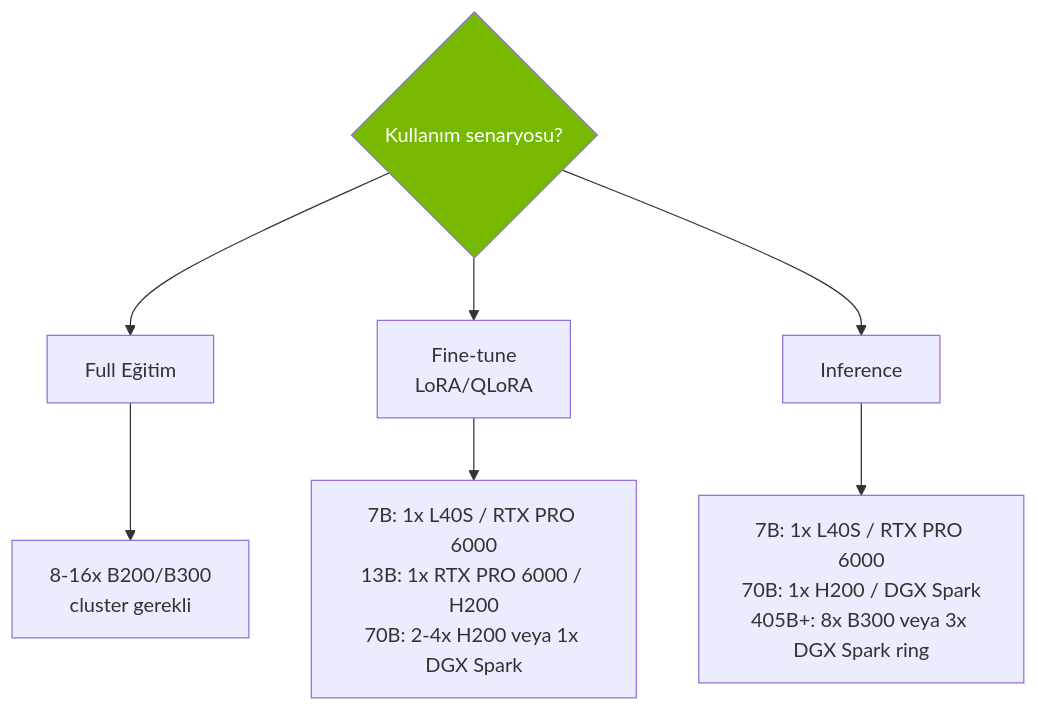
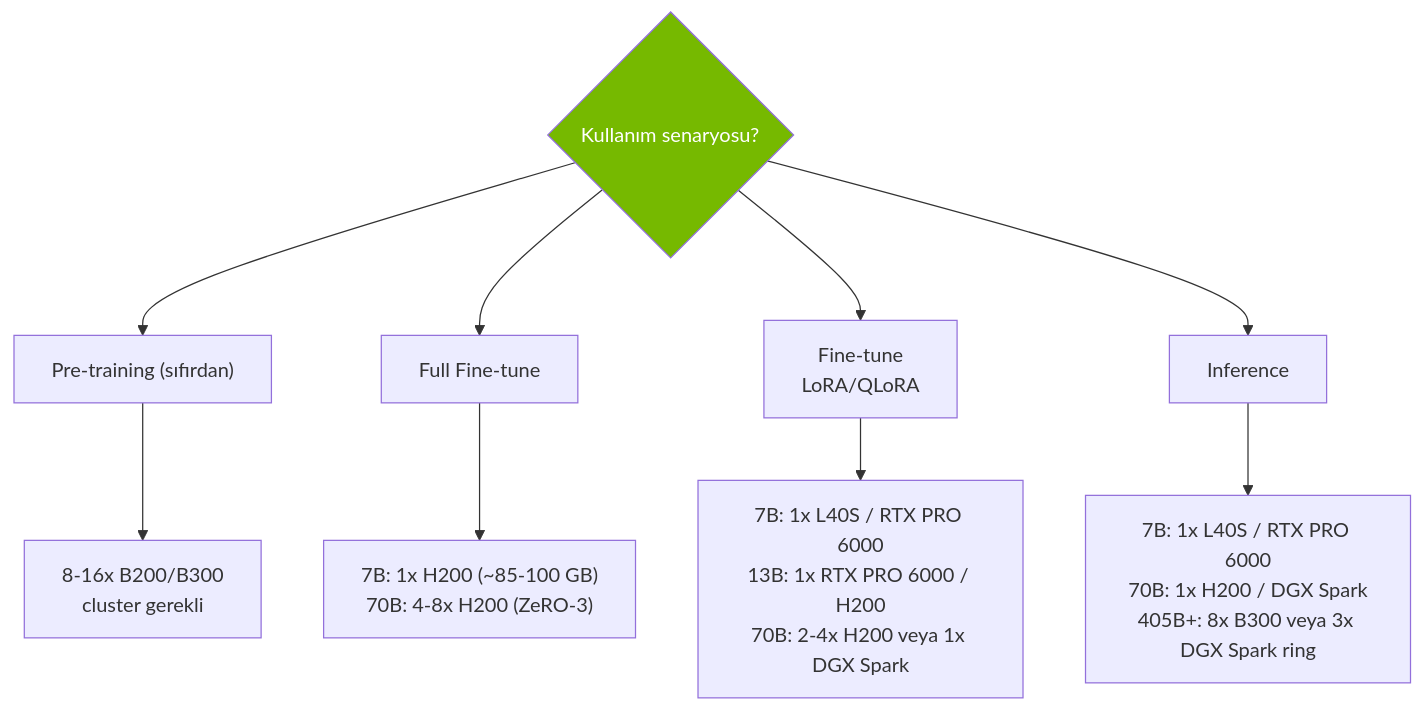
The diagram in _diagram_sources/sema-4-gpu-karar.mmd (openzeka/white-papers), drawn with Mermaid before and after one commit. The commit also changed 6 other files, not shown here.

```diff
--- a/_diagram_sources/sema-4-gpu-karar.mmd
+++ b/_diagram_sources/sema-4-gpu-karar.mmd
@@ -1,8 +1,10 @@
 flowchart TD
-    S{"Kullanım senaryosu?"} --> FE["Full Eğitim"]
+    S{"Kullanım senaryosu?"} --> PT["Pre-training (sıfırdan)"]
+    S --> FFT["Full Fine-tune"]
     S --> FT["Fine-tune<br/>LoRA/QLoRA"]
     S --> IN["Inference"]
-    FE --> FEG["8-16x B200/B300<br/>cluster gerekli"]
+    PT --> PTG["8-16x B200/B300<br/>cluster gerekli"]
+    FFT --> FFTG["7B: 1x H200 (~85-100 GB)<br/>70B: 4-8x H200 (ZeRO-3)"]
     FT --> FTG["7B: 1x L40S / RTX PRO 6000<br/>13B: 1x RTX PRO 6000 / H200<br/>70B: 2-4x H200 veya 1x DGX Spark"]
     IN --> ING["7B: 1x L40S / RTX PRO 6000<br/>70B: 1x H200 / DGX Spark<br/>405B+: 8x B300 veya 3x DGX Spark ring"]
     style S fill:#76b900,color:#fff
```
